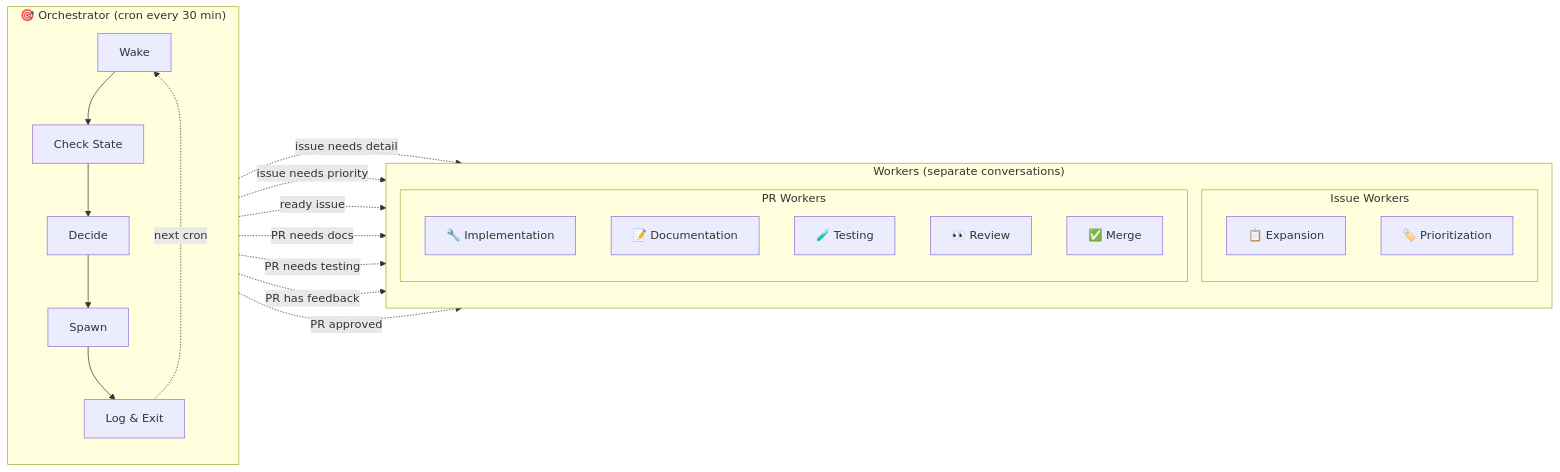
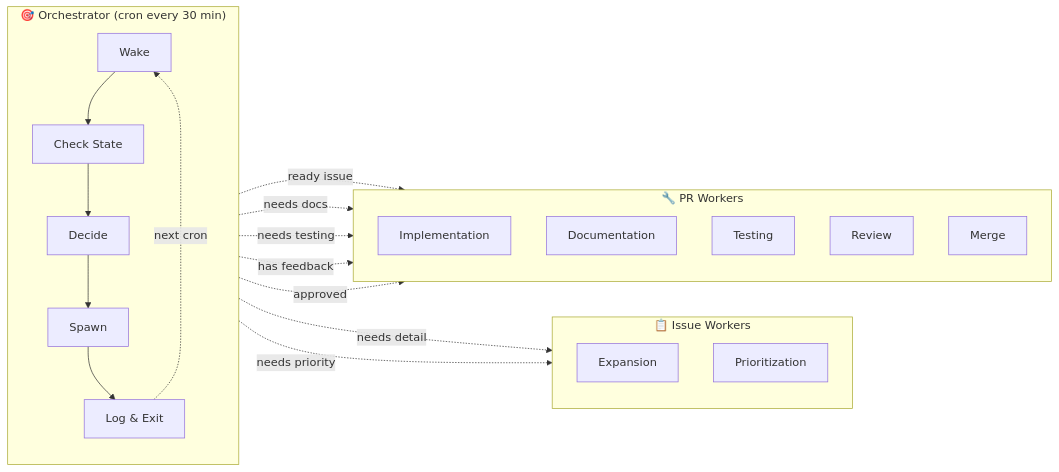
One commit to jpshackelford/.openhands changed the first of 3 diagrams in plugins/ohtv-workflow/README.md. Above: the diagram before and after it, drawn with Mermaid.

Commit message:
docs: separate Issue Workers and PR Workers into side-by-side columns
Removed parent Workers container so each group renders as its own column:
- 📋 Issue Workers (left): Expansion, Prioritization
- 🔧 PR Workers (right): Implementation, Documentation, Testing, Review, Merge

````diff
--- a/plugins/ohtv-workflow/README.md
+++ b/plugins/ohtv-workflow/README.md
@@ -7,36 +7,36 @@
 ```mermaid
 flowchart LR
     subgraph Orch["🎯 Orchestrator (cron every 30 min)"]
         direction TB
         wake["Wake"]
         check["Check State"]
         decide["Decide"]
         spawn["Spawn"]
         log["Log & Exit"]
         wake --> check --> decide --> spawn --> log
         log -.->|"next cron"| wake
     end
 
-    subgraph Workers["Workers (separate conversations)"]
+    subgraph IssueWorkers["📋 Issue Workers"]
         direction TB
-        subgraph IssueWorkers["Issue Workers"]
-            exp["📋 Expansion"]
-            pri["🏷️ Prioritization"]
-        end
-        subgraph PRWorkers["PR Workers"]
-            imp["🔧 Implementation"]
-            doc["📝 Documentation"]
-            tst["🧪 Testing"]
-            rev["👀 Review"]
-            mrg["✅ Merge"]
-        end
+        exp["Expansion"]
+        pri["Prioritization"]
     end
 
-    spawn -.->|"issue needs detail"| exp
-    spawn -.->|"issue needs priority"| pri
+    subgraph PRWorkers["🔧 PR Workers"]
+        direction TB
+        imp["Implementation"]
+        doc["Documentation"]
+        tst["Testing"]
+        rev["Review"]
+        mrg["Merge"]
+    end
+
+    spawn -.->|"needs detail"| exp
+    spawn -.->|"needs priority"| pri
     spawn -.->|"ready issue"| imp
-    spawn -.->|"PR needs docs"| doc
-    spawn -.->|"PR needs testing"| tst
-    spawn -.->|"PR has feedback"| rev
-    spawn -.->|"PR approved"| mrg
+    spawn -.->|"needs docs"| doc
+    spawn -.->|"needs testing"| tst
+    spawn -.->|"has feedback"| rev
+    spawn -.->|"approved"| mrg
 ```
````
